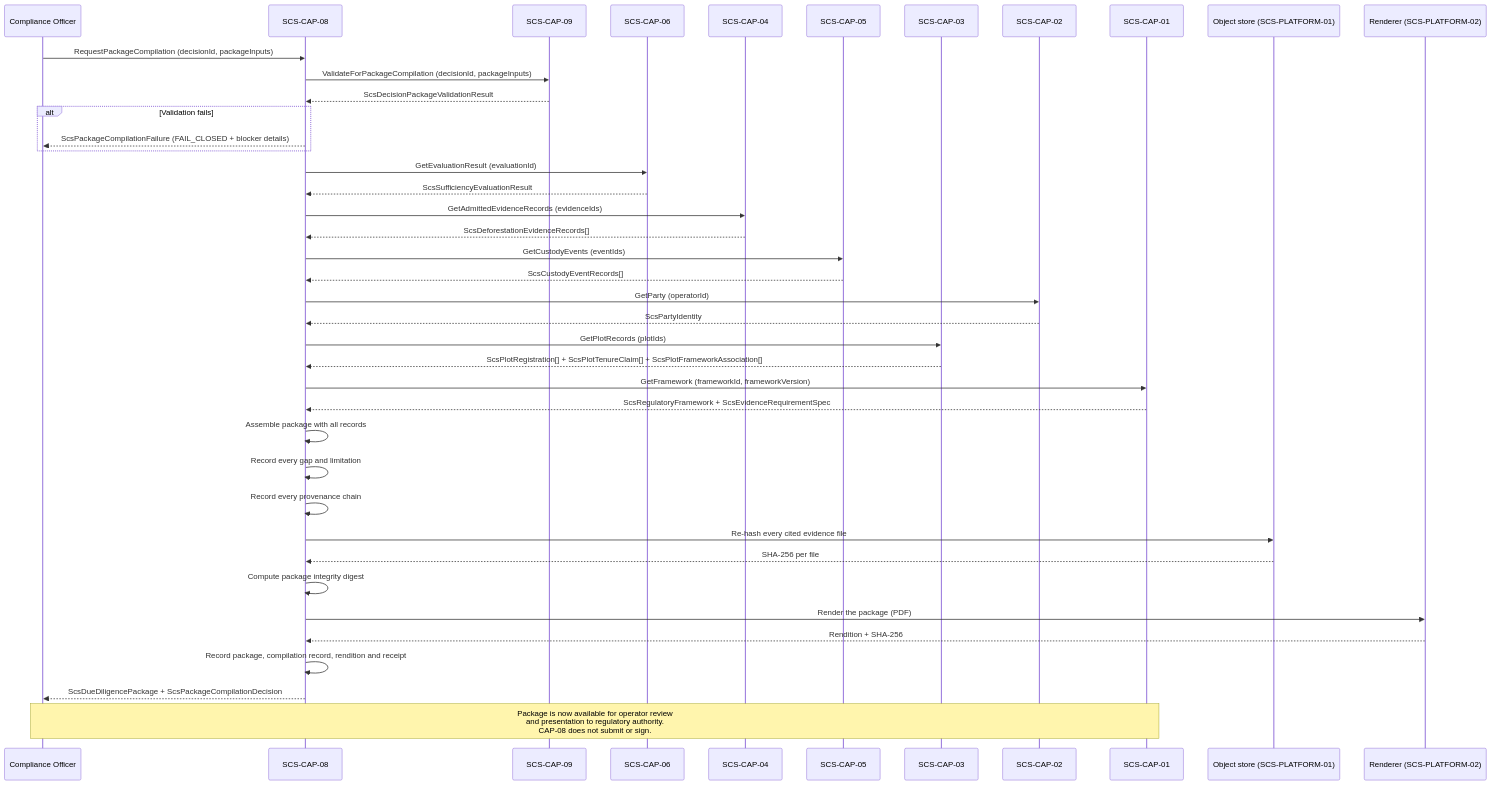
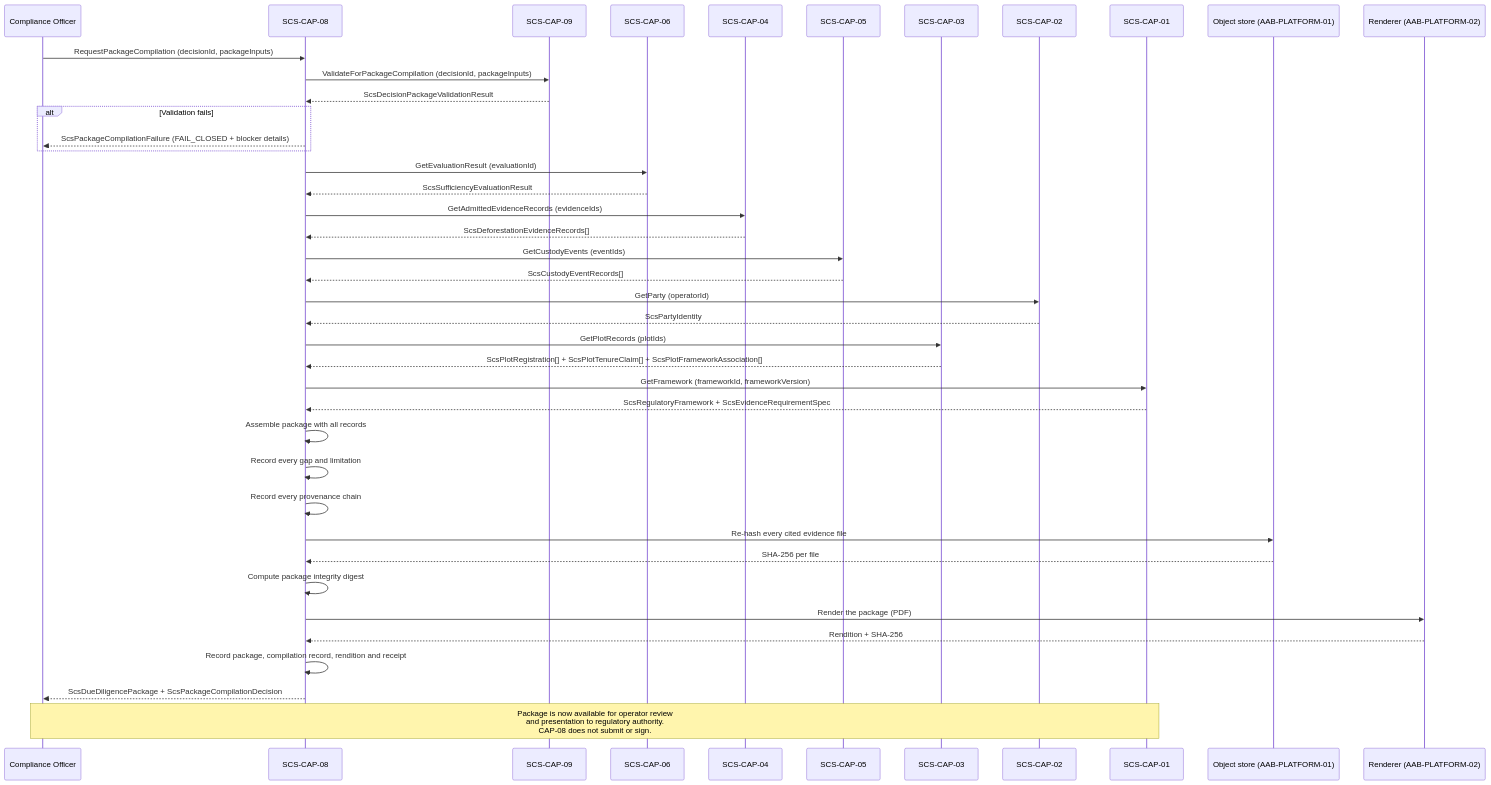
The second of 2 diagrams in governance/workstream-b/SCS-CAP-08-DUE-DILIGENCE-PACKAGE-COMPILATION-CANONICAL-CONTRACT-2026-09-22.md (AdvancedAgricultureBiometrix/aab-source-of-truth), drawn with Mermaid before and after one commit. The commit also changed other lines of this file and 18 other files, not shown here.

First line of the commit message:
Rename SCS-PLATFORM-01/02 to AAB-PLATFORM-01/02: governance

````diff
--- a/governance/workstream-b/SCS-CAP-08-DUE-DILIGENCE-PACKAGE-COMPILATION-CANONICAL-CONTRACT-2026-09-22.md
+++ b/governance/workstream-b/SCS-CAP-08-DUE-DILIGENCE-PACKAGE-COMPILATION-CANONICAL-CONTRACT-2026-09-22.md
@@ -113,49 +113,49 @@
 ```mermaid
 sequenceDiagram
     participant CO as Compliance Officer
     participant CAP08 as SCS-CAP-08
     participant CAP09 as SCS-CAP-09
     participant CAP06 as SCS-CAP-06
     participant CAP04 as SCS-CAP-04
     participant CAP05 as SCS-CAP-05
     participant CAP03 as SCS-CAP-03
     participant CAP02 as SCS-CAP-02
     participant CAP01 as SCS-CAP-01
-    participant OS as Object store (SCS-PLATFORM-01)
-    participant R as Renderer (SCS-PLATFORM-02)
+    participant OS as Object store (AAB-PLATFORM-01)
+    participant R as Renderer (AAB-PLATFORM-02)
 
     CO->>CAP08: RequestPackageCompilation (decisionId, packageInputs)
     CAP08->>CAP09: ValidateForPackageCompilation (decisionId, packageInputs)
     CAP09-->>CAP08: ScsDecisionPackageValidationResult
 
     alt Validation fails
         CAP08-->>CO: ScsPackageCompilationFailure (FAIL_CLOSED + blocker details)
     end
 
     CAP08->>CAP06: GetEvaluationResult (evaluationId)
     CAP06-->>CAP08: ScsSufficiencyEvaluationResult
     CAP08->>CAP04: GetAdmittedEvidenceRecords (evidenceIds)
     CAP04-->>CAP08: ScsDeforestationEvidenceRecords[]
     CAP08->>CAP05: GetCustodyEvents (eventIds)
     CAP05-->>CAP08: ScsCustodyEventRecords[]
     CAP08->>CAP02: GetParty (operatorId)
     CAP02-->>CAP08: ScsPartyIdentity
     CAP08->>CAP03: GetPlotRecords (plotIds)
     CAP03-->>CAP08: ScsPlotRegistration[] + ScsPlotTenureClaim[] + ScsPlotFrameworkAssociation[]
     CAP08->>CAP01: GetFramework (frameworkId, frameworkVersion)
     CAP01-->>CAP08: ScsRegulatoryFramework + ScsEvidenceRequirementSpec
 
     CAP08->>CAP08: Assemble package with all records
     CAP08->>CAP08: Record every gap and limitation
     CAP08->>CAP08: Record every provenance chain
     CAP08->>OS: Re-hash every cited evidence file
     OS-->>CAP08: SHA-256 per file
     CAP08->>CAP08: Compute package integrity digest
     CAP08->>R: Render the package (PDF)
     R-->>CAP08: Rendition + SHA-256
     CAP08->>CAP08: Record package, compilation record, rendition and receipt
 
     CAP08-->>CO: ScsDueDiligencePackage + ScsPackageCompilationDecision
 
     Note over CO,CAP01: Package is now available for operator review<br/>and presentation to regulatory authority.<br/>CAP-08 does not submit or sign.
 ```
````
